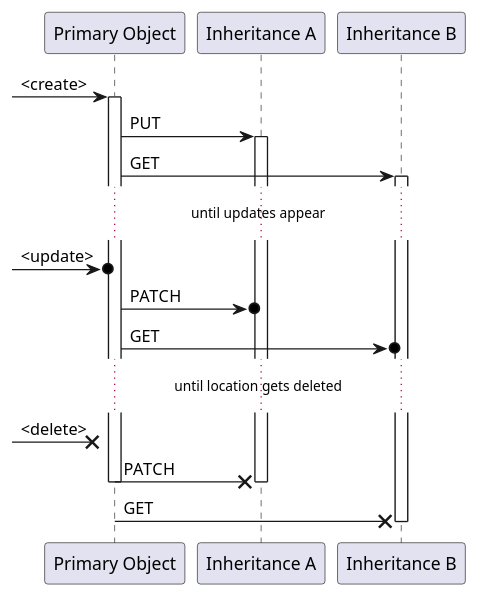
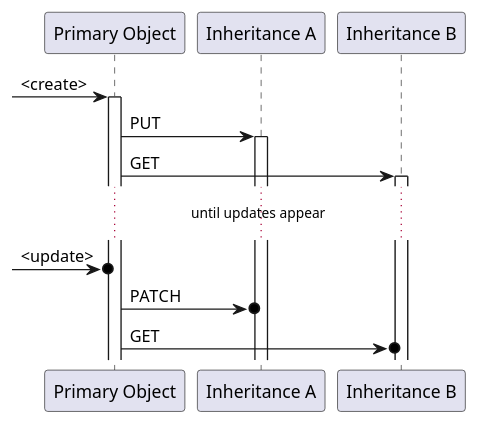
One commit to ocpi/ocpi changed the diagram in mod_locations_and_evses.md. Above: the diagram before and after it, drawn with PlantUML.

Commit message:
updated plantuml source at the bottom ...

```diff
--- a/mod_locations_and_evses.md
+++ b/mod_locations_and_evses.md
@@ -796,32 +796,21 @@
 @startuml
 participant "Primary Object"
 participant "Inheritance A"
 participant "Inheritance B"
 
 [-> "Primary Object": <create>
 activate "Primary Object"
 
 "Primary Object" -> "Inheritance A": PUT
 activate "Inheritance A"
 
 "Primary Object" -> "Inheritance B": GET
 activate "Inheritance B"
 
  ... until updates appear ...
 
 [->o "Primary Object": <update>
 "Primary Object" ->o "Inheritance A": PATCH
 
 "Primary Object" ->o "Inheritance B": GET
-
- ... until location gets deleted ...
-
-[->x "Primary Object": <delete>
-"Primary Object" ->x "Inheritance A": PATCH
-deactivate "Primary Object"
-deactivate "Inheritance A"
-
-"Primary Object" ->x "Inheritance B": GET
-deactivate "Inheritance B"
-
 @enduml
```
